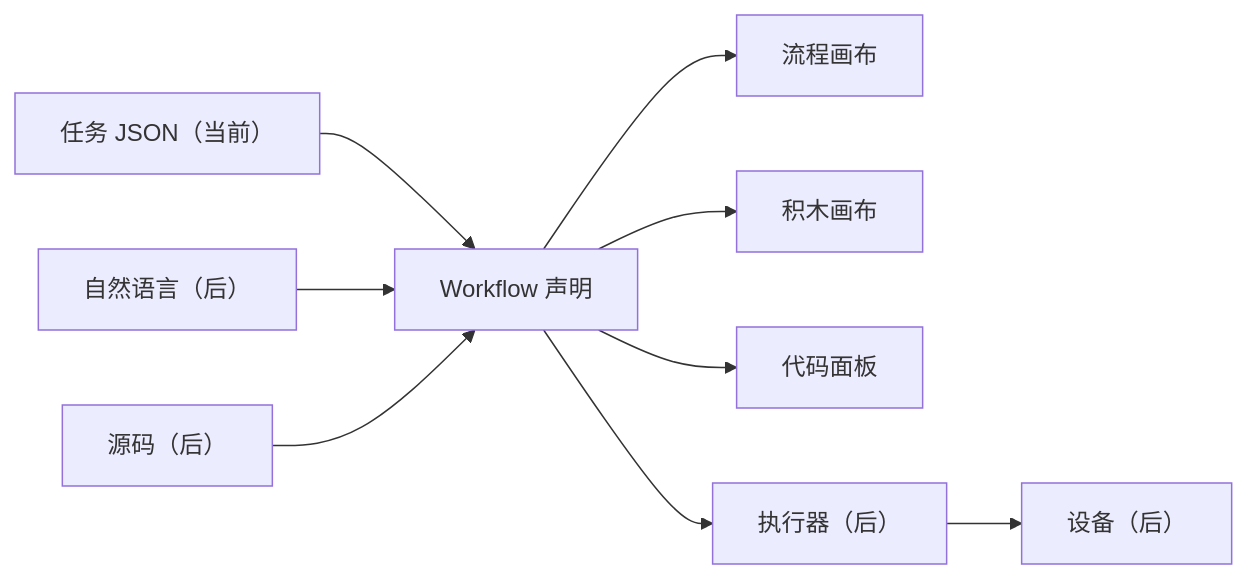
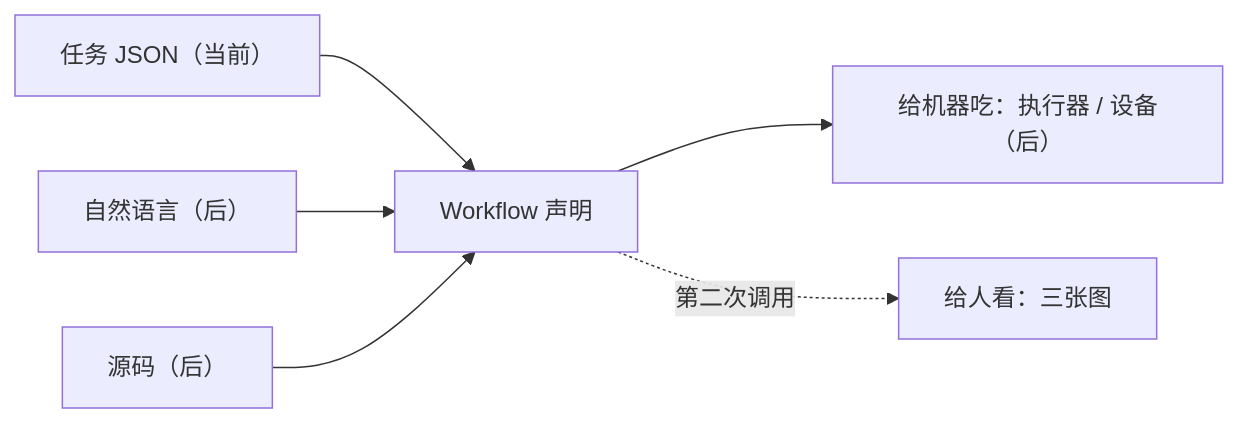
Before and after one commit to zhaoyilun/code-canvas: the second of 2 diagrams in docs/spec.md, drawn with Mermaid. The commit also changed other lines of this file and 2 other files, not shown here.

First line of the commit message:
docs: spec §4 改成「两个层次，三张图」——三视图从声明派生那一版已经不成立了

````diff
--- a/docs/spec.md
+++ b/docs/spec.md
@@ -27,11 +36,8 @@
 ```mermaid
 flowchart LR
   A["任务 JSON（当前）"] --> IR2["Workflow 声明"]
   B["自然语言（后）"] --> IR2
   C["源码（后）"] --> IR2
-  IR2 --> W1["流程画布"]
-  IR2 --> W2["积木画布"]
-  IR2 --> W3["代码面板"]
-  IR2 --> EX["执行器（后）"]
-  EX --> DEV["设备（后）"]
+  IR2 --> X["给机器吃：执行器 / 设备（后）"]
+  IR2 -. 第二次调用 .-> Y["给人看：三张图"]
 ```
````
